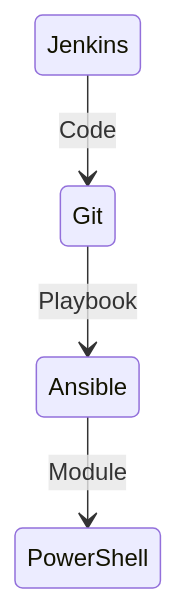
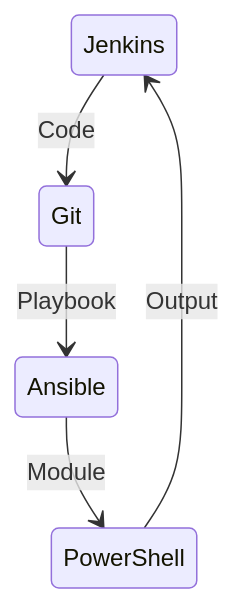
One commit to Lifailon/Deploy-PS-Module changed the diagram in README.md. Above: the diagram before and after it, drawn with Mermaid. The commit also changed other lines of this file, not shown here.

````diff
--- a/README.md
+++ b/README.md
@@ -7,6 +7,7 @@
 ```mermaid
 stateDiagram-v2
     Jenkins --> Git: Code
     Git --> Ansible: Playbook
     Ansible --> PowerShell: Module
+    PowerShell --> Jenkins: Output
 ```
````
